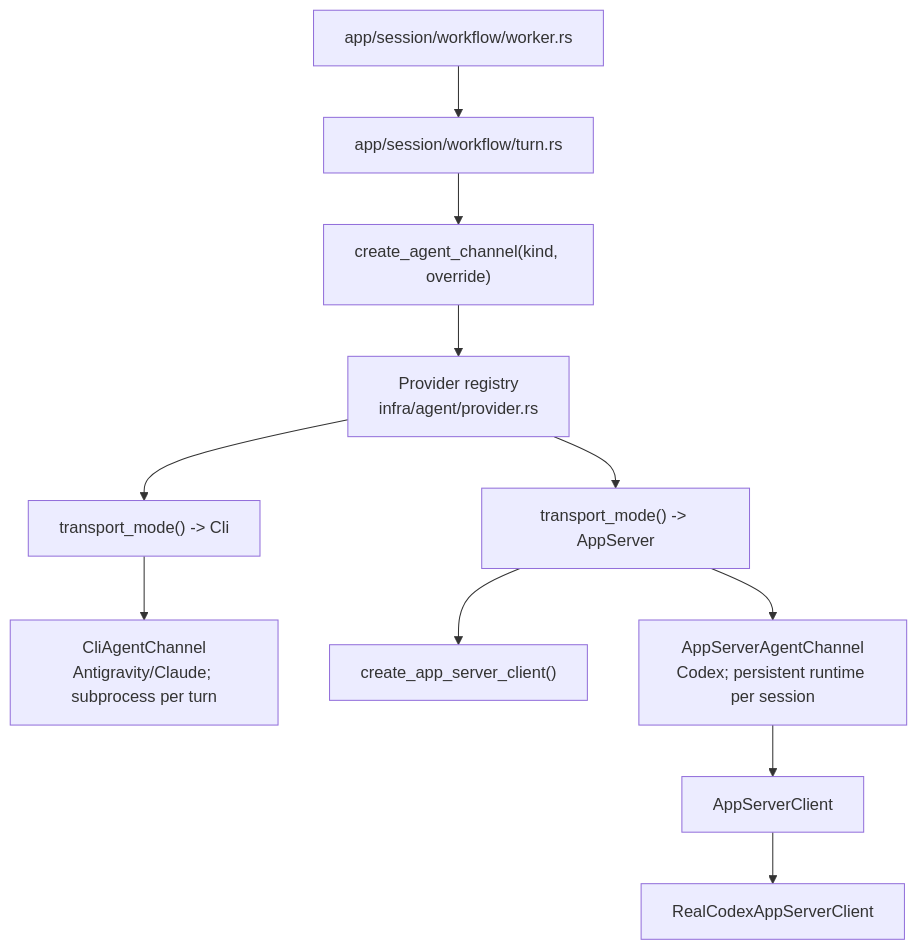
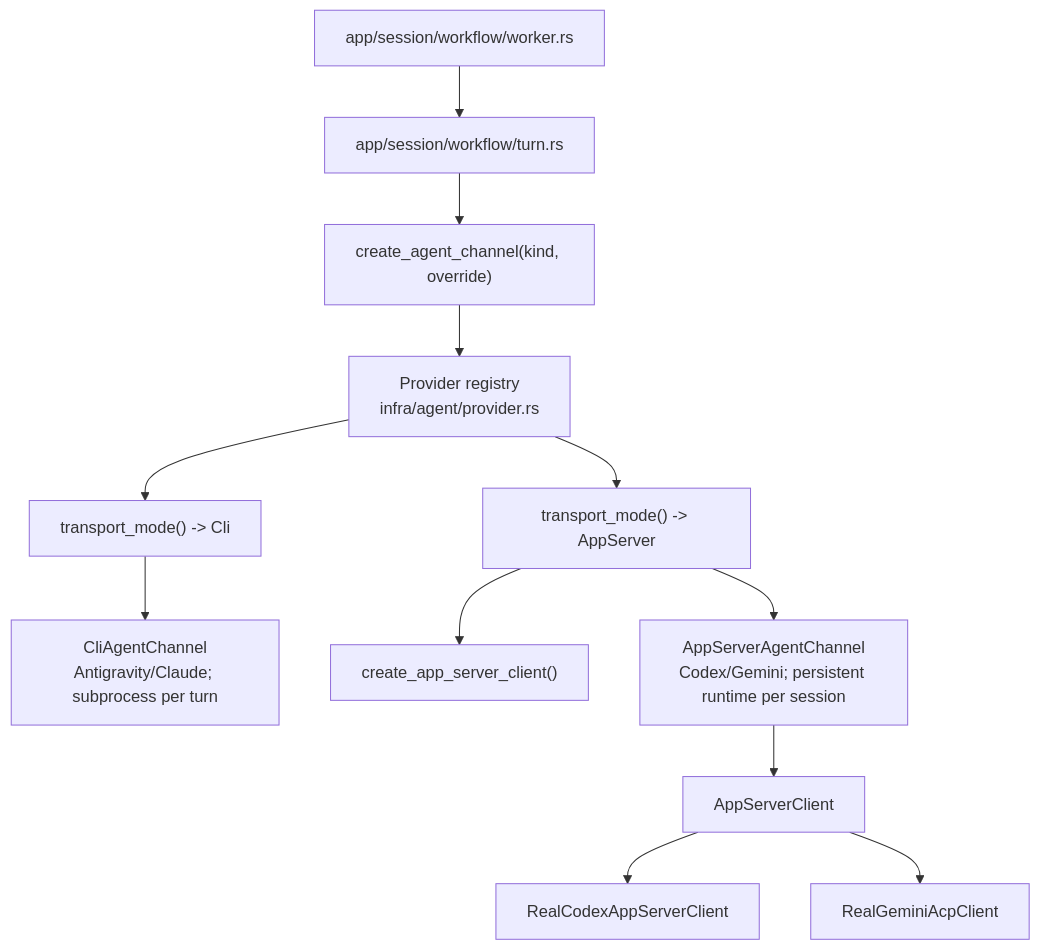
Before and after one commit to agentty-xyz/agentty: the fourth of 4 diagrams in docs/site/content/docs/architecture/runtime-flow.md, drawn with Mermaid. The commit also changed other lines of this file and 66 other files, not shown here.

````diff
--- a/docs/site/content/docs/architecture/runtime-flow.md
+++ b/docs/site/content/docs/architecture/runtime-flow.md
@@ -549,25 +549,27 @@
 ```mermaid
 flowchart TD
   worker["app/session/workflow/worker.rs"]
   turn["app/session/workflow/turn.rs"]
   factory["create_agent_channel(kind, override)"]
   provider["Provider registry<br/>infra/agent/provider.rs"]
   cli_mode["transport_mode() -> Cli"]
   cli_channel["CliAgentChannel<br/>Antigravity/Claude; subprocess per turn"]
   app_server_mode["transport_mode() -> AppServer"]
   app_server_client["create_app_server_client()"]
-  app_server_channel["AppServerAgentChannel<br/>Codex; persistent runtime per session"]
+  app_server_channel["AppServerAgentChannel<br/>Codex/Gemini; persistent runtime per session"]
   client_trait["AppServerClient"]
   codex_client["RealCodexAppServerClient"]
+  gemini_client["RealGeminiAcpClient"]
 
   worker --> turn
   turn --> factory
   factory --> provider
   provider --> cli_mode
   cli_mode --> cli_channel
   provider --> app_server_mode
   app_server_mode --> app_server_client
   app_server_mode --> app_server_channel
   app_server_channel --> client_trait
   client_trait --> codex_client
+  client_trait --> gemini_client
 ```
````
